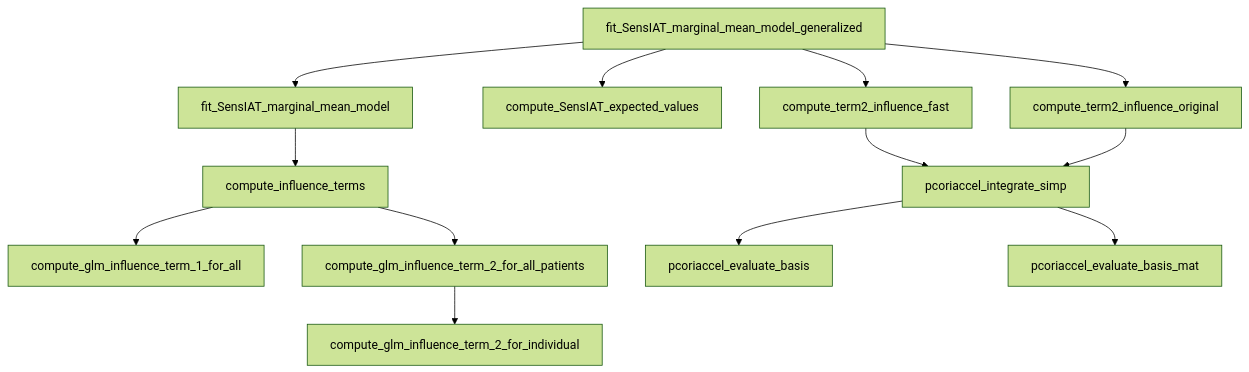
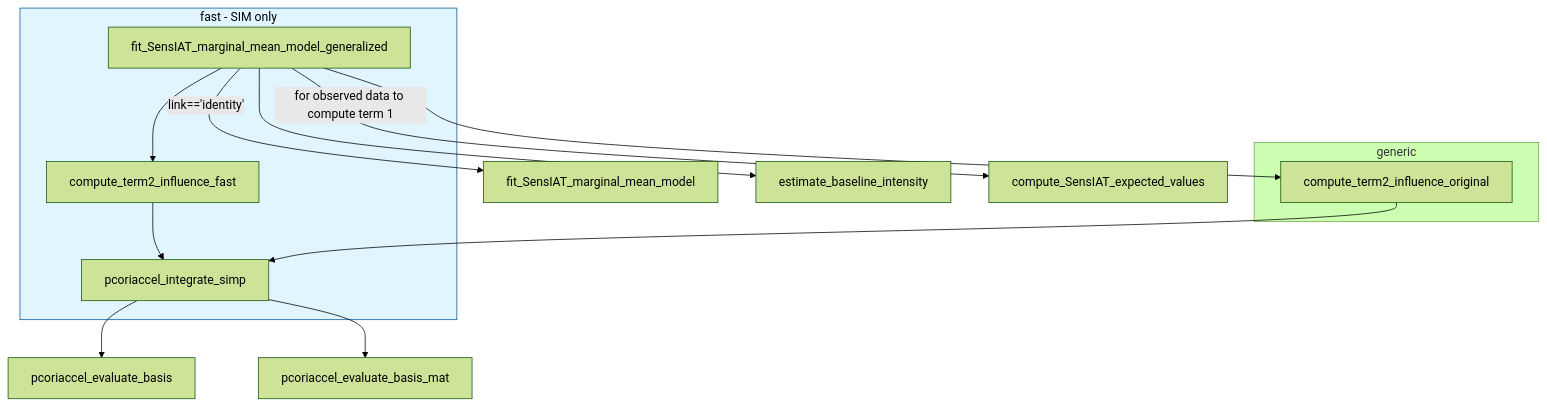
One commit to UofUEpiBio/SensIAT changed the fifth of 7 diagrams in vignettes/internal-call-graph.qmd. Above: the diagram before and after it, drawn with Mermaid (forest theme). The commit also changed other lines of this file and 9 other files, not shown here.

````diff
--- a/vignettes/internal-call-graph.qmd
+++ b/vignettes/internal-call-graph.qmd
@@ -106,15 +106,18 @@
 ```{mermaid}
 graph TD
-  fit_SensIAT_marginal_mean_model --> compute_influence_terms
-  fit_SensIAT_marginal_mean_model_generalized --> fit_SensIAT_marginal_mean_model
-  fit_SensIAT_marginal_mean_model_generalized --> compute_SensIAT_expected_values
+  fit_SensIAT_marginal_mean_model_generalized --> |"link=='identity'"| fit_SensIAT_marginal_mean_model
+  fit_SensIAT_marginal_mean_model_generalized --> estimate_baseline_intensity
+  fit_SensIAT_marginal_mean_model_generalized --> |"for observed data to compute term 1"|compute_SensIAT_expected_values
+  subgraph term2fast["fast - SIM only"]
   fit_SensIAT_marginal_mean_model_generalized --> compute_term2_influence_fast
+  compute_term2_influence_fast --> pcoriaccel_integrate_simp
+  end
+  subgraph term2original["generic"]
   fit_SensIAT_marginal_mean_model_generalized --> compute_term2_influence_original
-  compute_influence_terms --> compute_glm_influence_term_1_for_all
-  compute_influence_terms --> compute_glm_influence_term_2_for_all_patients
-  compute_glm_influence_term_2_for_all_patients --> compute_glm_influence_term_2_for_individual
-  compute_term2_influence_fast --> pcoriaccel_integrate_simp
+  end
   compute_term2_influence_original --> pcoriaccel_integrate_simp
   pcoriaccel_integrate_simp --> pcoriaccel_evaluate_basis
   pcoriaccel_integrate_simp --> pcoriaccel_evaluate_basis_mat
+
+  style term2fast fill:#e1f5ff,stroke:#01579b,color:#000
 ```
````
